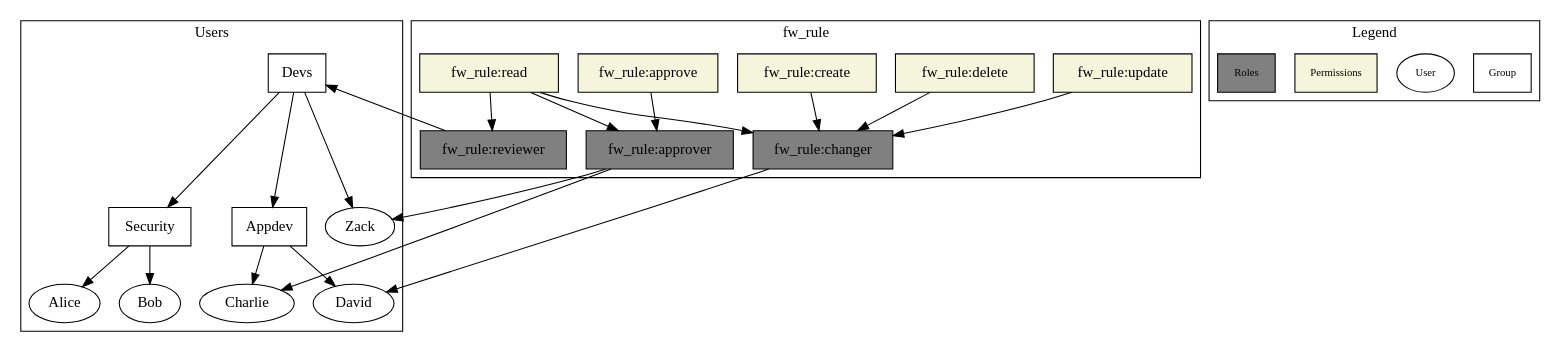
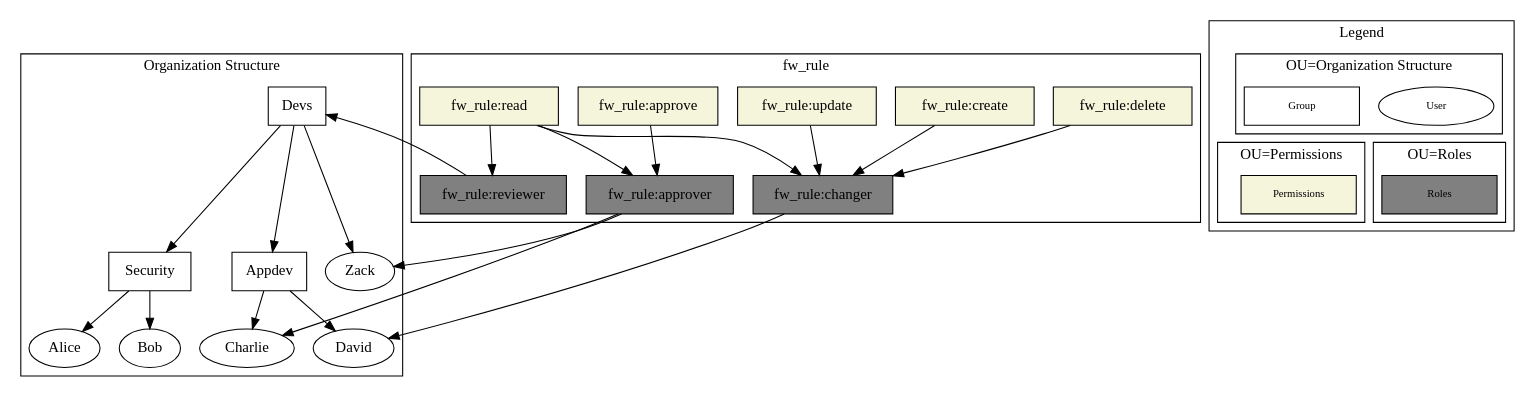
One commit to ackerleytng/kc-ad-exploration changed the diagram in provisioned-ad-structure.dot. Above: the diagram before and after it, drawn with Graphviz. The commit also changed 1 other file, not shown here.

```diff
--- a/provisioned-ad-structure.dot
+++ b/provisioned-ad-structure.dot
@@ -1,89 +1,98 @@
 digraph g {
     newrank=true
 
     subgraph cluster_0 {
-        label="Users"
+        label="Organization Structure"
 
         devs [label="Devs",shape=rectangle]
         security [label="Security",shape=rectangle]
         appdev [label="Appdev",shape=rectangle]
 
         user0 [label="Alice"]
         user1 [label="Bob"]
         user2 [label="Charlie"]
         user3 [label="David"]
         user4 [label="Zack"]
 
         devs -> security
         devs -> appdev
         devs -> user4
 
         security -> user0
         security -> user1
 
         appdev -> user2
         appdev -> user3
 
         {
             rank=same
             user4
             security
             appdev
         }
     }
 
     subgraph cluster_1 {
         label="fw_rule"
 
         fwr_approve [label="fw_rule:approve",shape=rectangle,width=1.8,fillcolor=beige,style=filled]
         fwr_create [label="fw_rule:create",shape=rectangle,width=1.8,fillcolor=beige,style=filled]
         fwr_read [label="fw_rule:read",shape=rectangle,width=1.8,fillcolor=beige,style=filled]
         fwr_update [label="fw_rule:update",shape=rectangle,width=1.8,fillcolor=beige,style=filled]
         fwr_delete [label="fw_rule:delete",shape=rectangle,width=1.8,fillcolor=beige,style=filled]
 
         fwr_approver [label="fw_rule:approver",shape=rectangle,width=1.8,fillcolor=grey,style=filled]
         fwr_changer [label="fw_rule:changer",shape=rectangle,width=1.8,fillcolor=grey,style=filled]
         fwr_reviewer [label="fw_rule:reviewer",shape=rectangle,width=1.8,fillcolor=grey,style=filled]
 
         fwr_approve -> fwr_approver
         fwr_read -> fwr_approver
 
         fwr_create -> fwr_changer
         fwr_read -> fwr_changer
         fwr_update -> fwr_changer
         fwr_delete -> fwr_changer
 
         fwr_read -> fwr_reviewer
 
         fwr_reviewer -> devs
         fwr_approver -> user2
         fwr_approver -> user4
 
         fwr_changer -> user3
     }
 
     {
         rank=same
         fwr_approve
         fwr_create
         fwr_read
         fwr_update
         fwr_delete
 
         devs
     }
 
     subgraph cluster_key {
-        node [fontsize=10]
+        node [fontsize=10,width=1.5]
         label="Legend"
-        {
-            rank=same
-            groups
-            users
+
+        subgraph cluster_org_structure {
+            label="OU=Organization Structure"
+            groups [label="Group",shape=rectangle]
+            users [label="User"]
         }
-        groups [label="Group",shape=rectangle]
-        users [label="User"]
-        permissions [label="Permissions",shape=rectangle,fillcolor=beige,style=filled]
-        roles [label="Roles",shape=rectangle,fillcolor=grey,style=filled]
+        subgraph cluster_permissions {
+            label="OU=Permissions"
+            permissions [label="Permissions",shape=rectangle,fillcolor=beige,style=filled]
+        }
+        subgraph cluster_roles {
+            label="OU=Roles"
+            roles [label="Roles",shape=rectangle,fillcolor=grey,style=filled]
+        }
+
+        // Alignment
+        users -> roles [style=invis]
+        groups -> permissions [style=invis]
     }
 }
```
